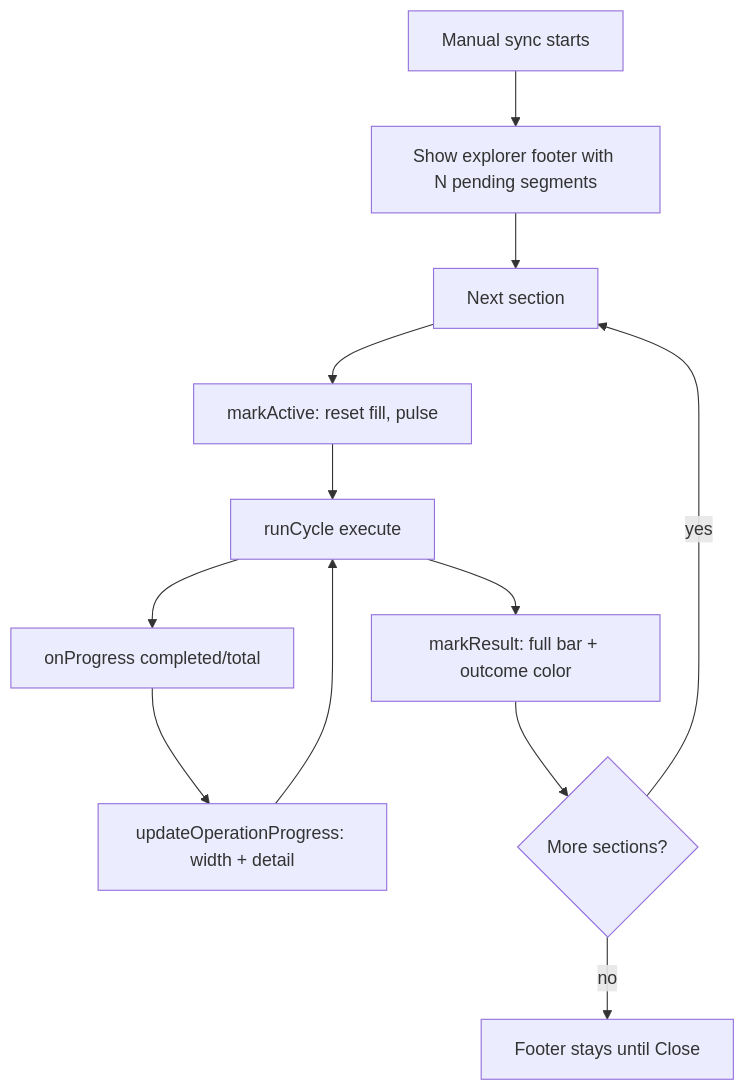
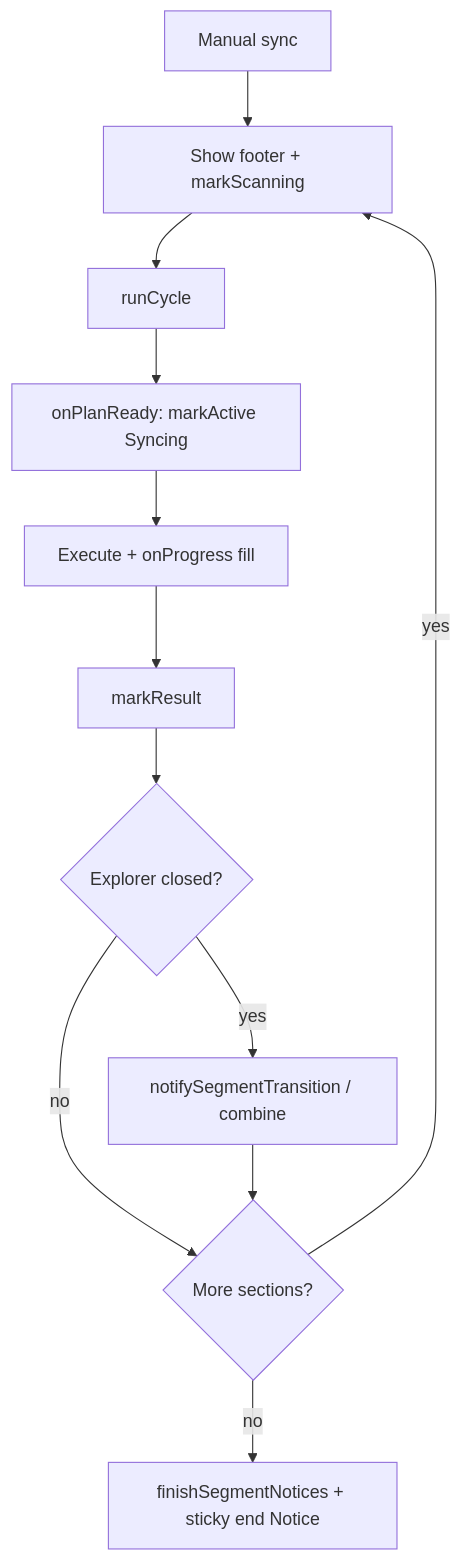
Before and after one commit to daledesilva/obsidian-dropbox-sync: the first of 2 diagrams in docs/manual-sync-section-progress.md, drawn with Mermaid. The commit also changed other lines of this file and 4 other files, not shown here.

Commit message:
documented: Covered interactive sync progress, delete-guard awaiting, and execute isolation so PRs 5–9 stay maintainable without chat history.

````diff
--- a/docs/manual-sync-section-progress.md
+++ b/docs/manual-sync-section-progress.md
@@ -16,14 +20,14 @@
 ```mermaid
 flowchart TD
-  ManualSync[Manual sync starts] --> ShowFooter[Show explorer footer with N pending segments]
-  ShowFooter --> NextSection[Next section]
-  NextSection --> MarkActive[markActive: reset fill, pulse]
-  MarkActive --> Execute[runCycle execute]
-  Execute --> OnProgress[onProgress completed/total]
-  OnProgress --> UpdateFill[updateOperationProgress: width + detail]
-  UpdateFill --> Execute
-  Execute --> MarkResult[markResult: full bar + outcome color]
-  MarkResult --> More{More sections?}
-  More -->|yes| NextSection
-  More -->|no| StayOpen[Footer stays until Close]
+  Start[Manual sync] --> Footer[Show footer + markScanning]
+  Footer --> Cycle[runCycle]
+  Cycle --> PlanReady[onPlanReady: markActive Syncing]
+  PlanReady --> Exec[Execute + onProgress fill]
+  Exec --> Result[markResult]
+  Result --> Notice{Explorer closed?}
+  Notice -->|yes| SegNotice[notifySegmentTransition / combine]
+  Notice -->|no| Next
+  SegNotice --> Next{More sections?}
+  Next -->|yes| Footer
+  Next -->|no| Done[finishSegmentNotices + sticky end Notice]
 ```
````
